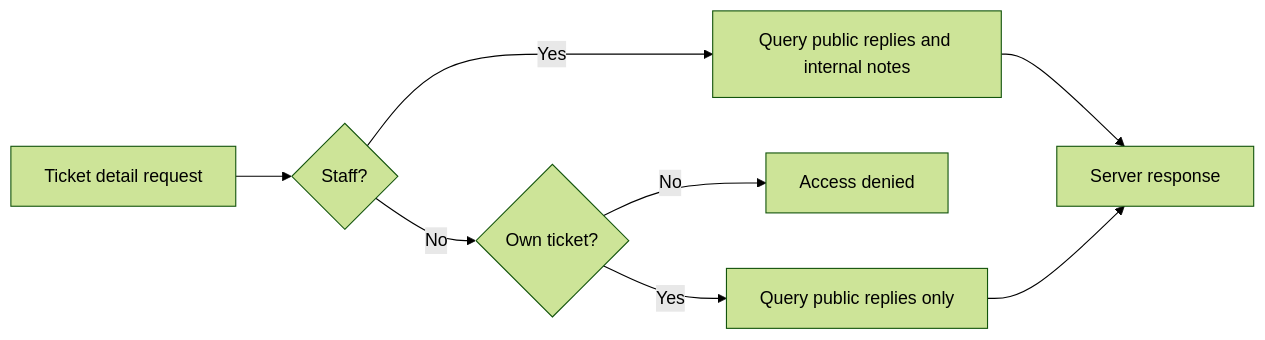
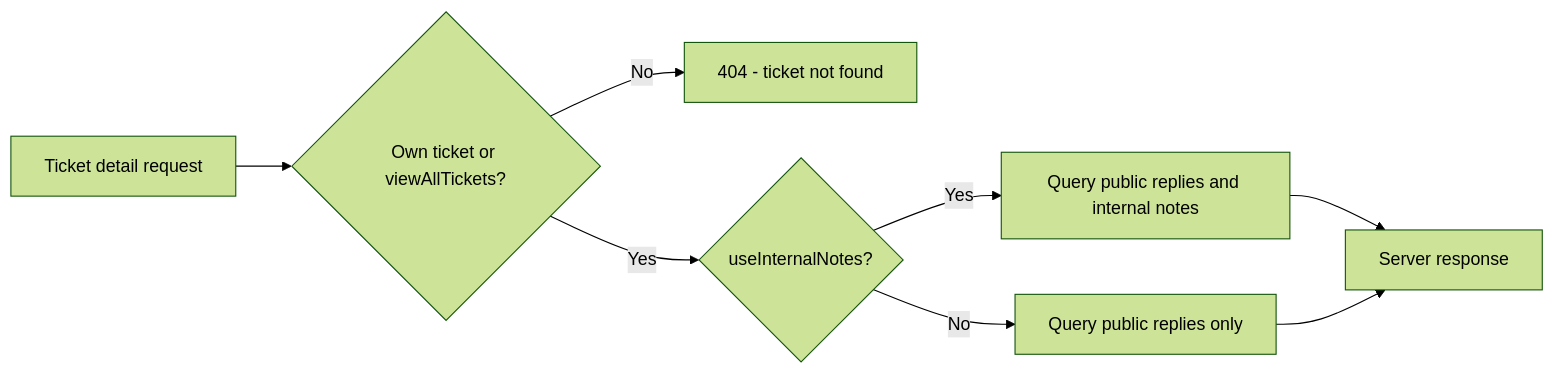
Before and after one commit to Mystery2099/capstone-ticket-system: the diagram in docs/diagrams/internal-notes-visibility.mmd, drawn with Mermaid (forest theme). The commit also changed 93 other files, not shown here.

```diff
--- a/docs/diagrams/internal-notes-visibility.mmd
+++ b/docs/diagrams/internal-notes-visibility.mmd
@@ -1,8 +1,8 @@
 flowchart LR
-  Request[Ticket detail request] --> Role{Staff?}
-  Role -->|Yes| Full[Query public replies and internal notes]
-  Role -->|No| Own{Own ticket?}
-  Own -->|No| Deny[Access denied]
-  Own -->|Yes| Public[Query public replies only]
+  Request[Ticket detail request] --> Access{Own ticket or viewAllTickets?}
+  Access -->|No| Deny[404 - ticket not found]
+  Access -->|Yes| Notes{useInternalNotes?}
+  Notes -->|Yes| Full[Query public replies and internal notes]
+  Notes -->|No| Public[Query public replies only]
   Full --> Response[Server response]
   Public --> Response
```
